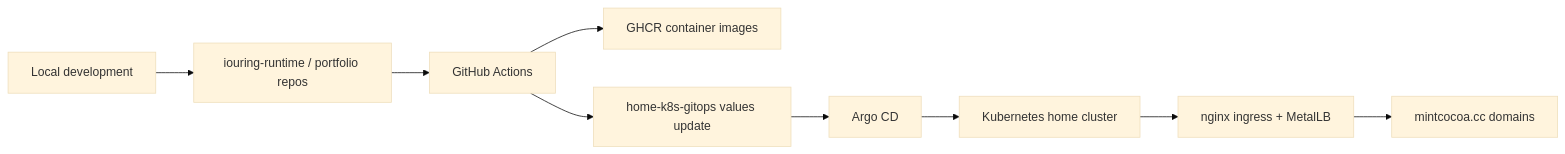
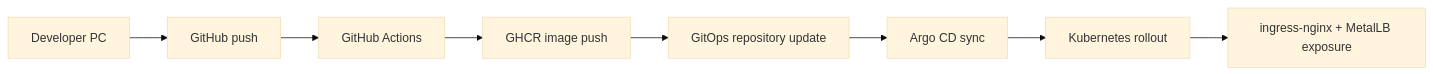
One commit to mint-cocoa/portfolio changed the second of 3 diagrams in docs/devops/DevOpsPortfolio.qmd. Above: the diagram before and after it, drawn with Mermaid (base theme). The commit also changed other lines of this file and 29 other files, not shown here.

````diff
--- a/docs/devops/DevOpsPortfolio.qmd
+++ b/docs/devops/DevOpsPortfolio.qmd
@@ -43,11 +106,10 @@
 ```{mermaid}
 flowchart LR
-    Dev[Local development] --> GitHub[iouring-runtime / portfolio repos]
+    Dev[Developer PC] --> GitHub[GitHub push]
     GitHub --> Actions[GitHub Actions]
-    Actions --> GHCR[GHCR container images]
-    Actions --> GitOps[home-k8s-gitops values update]
-    GitOps --> Argo[Argo CD]
-    Argo --> K8s[Kubernetes home cluster]
-    K8s --> Ingress[nginx ingress + MetalLB]
-    Ingress --> Domain[mintcocoa.cc domains]
+    Actions --> GHCR[GHCR image push]
+    GHCR --> GitOps[GitOps repository update]
+    GitOps --> Argo[Argo CD sync]
+    Argo --> Rollout[Kubernetes rollout]
+    Rollout --> Exposure[ingress-nginx + MetalLB exposure]
 ```
````
